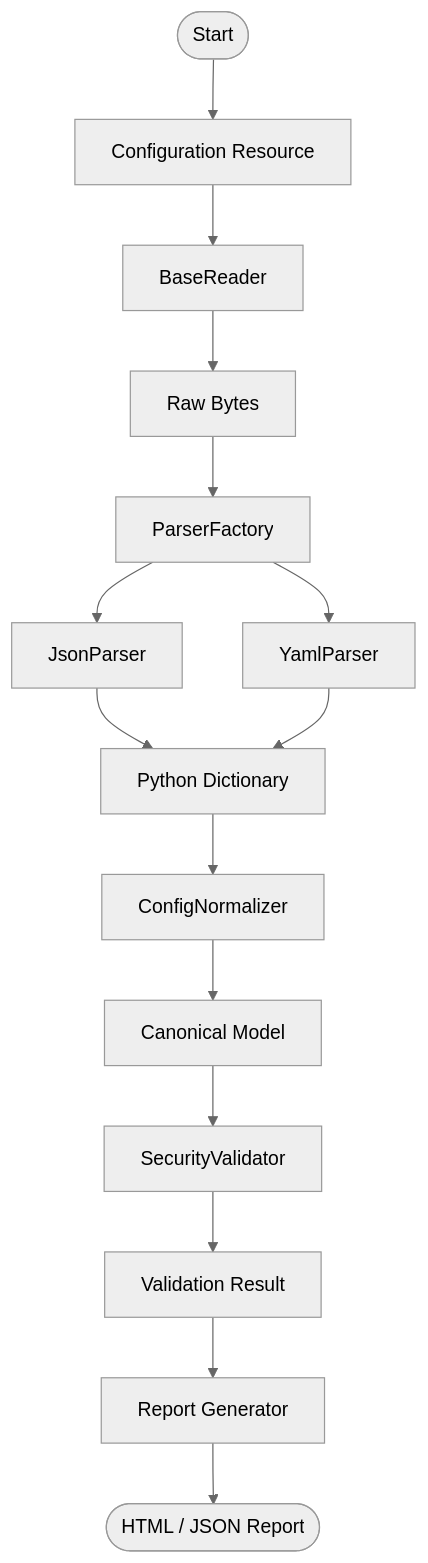
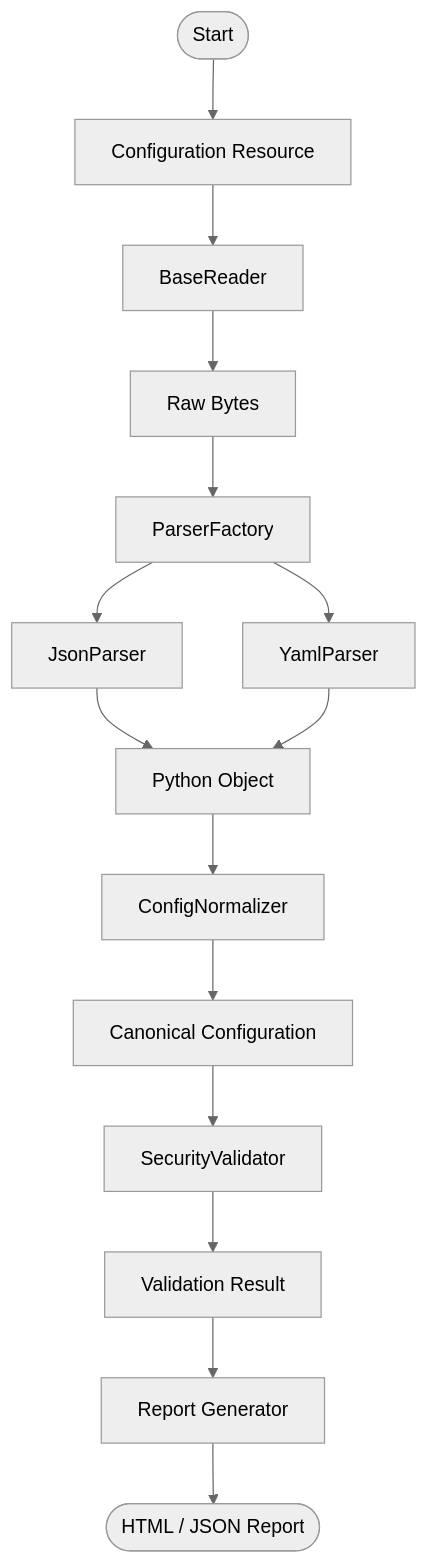
Before and after one commit to truongtranit/security-configuration-inspector: the third of 4 diagrams in docs/architecture.md, drawn with Mermaid (neutral theme). The commit also changed other lines of this file and 9 other files, not shown here.

````diff
--- a/docs/architecture.md
+++ b/docs/architecture.md
@@ -77,33 +74,33 @@
-```mermaid
+``` mermaid
 flowchart TD
 
     Start([Start])
 
     Start --> Resource["Configuration Resource"]
 
     Resource --> Reader["BaseReader"]
 
     Reader --> Bytes["Raw Bytes"]
 
     Bytes --> ParserFactory
 
     ParserFactory --> JSON["JsonParser"]
 
     ParserFactory --> YAML["YamlParser"]
 
-    JSON --> Dict["Python Dictionary"]
+    JSON --> Object["Python Object"]
 
-    YAML --> Dict
+    YAML --> Object
 
-    Dict --> Normalizer["ConfigNormalizer"]
+    Object --> Normalizer["ConfigNormalizer"]
 
-    Normalizer --> Canonical["Canonical Model"]
+    Normalizer --> Canonical["Canonical Configuration"]
 
     Canonical --> Validator["SecurityValidator"]
 
     Validator --> Result["Validation Result"]
 
     Result --> Reporter["Report Generator"]
 
     Reporter --> End([HTML / JSON Report])
 ```
````
